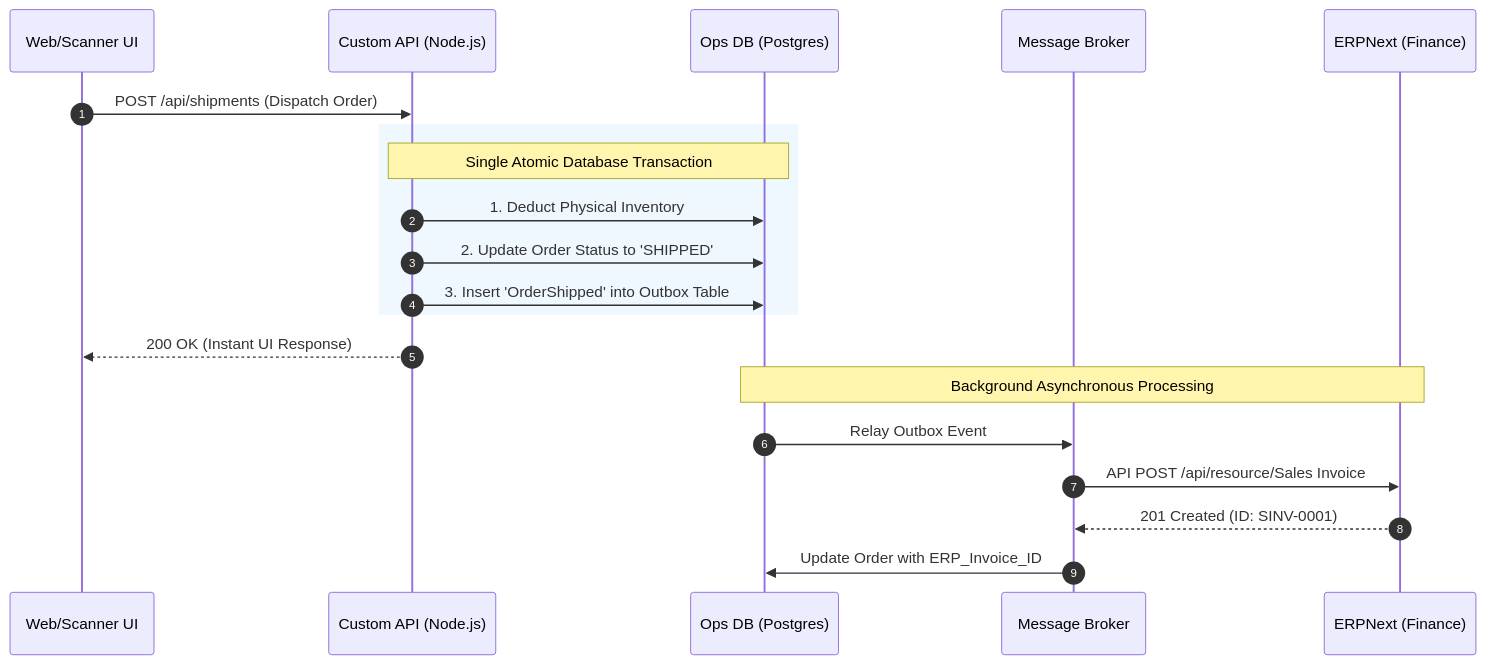
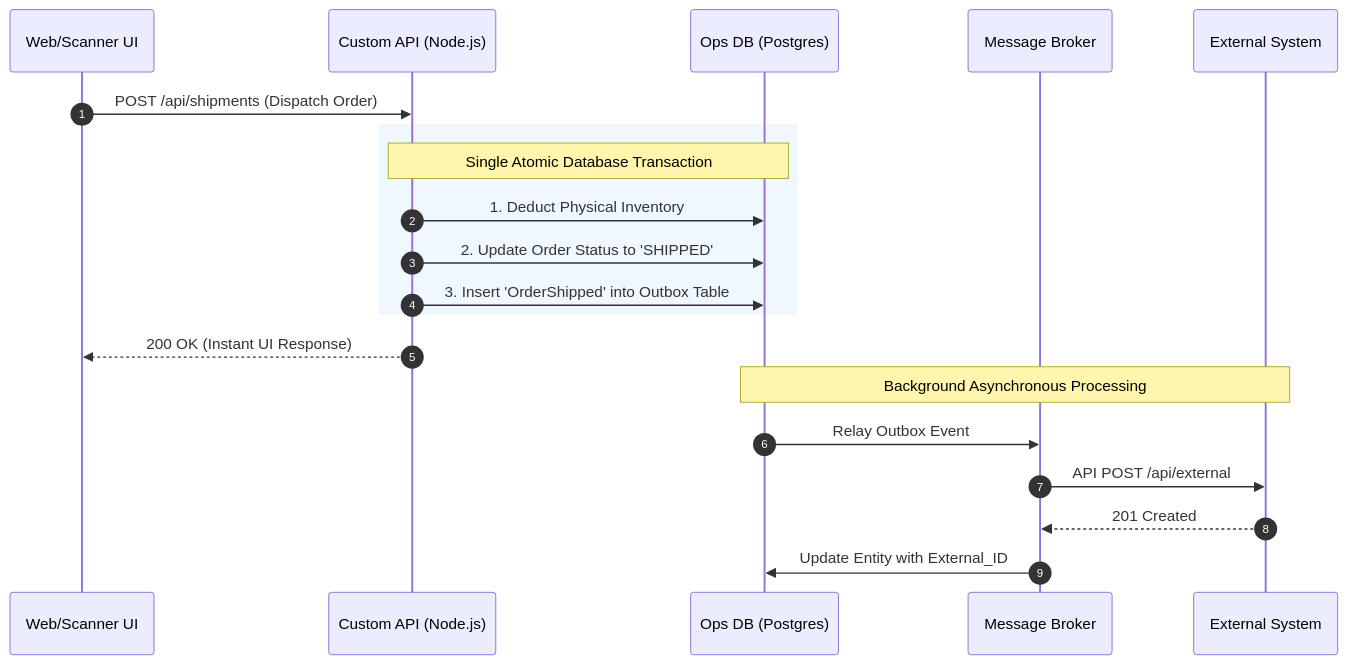
Before and after one commit to herobmdotcom/herobm: the third of 3 diagrams in docs/technical/system_architecture.md, drawn with Mermaid. The commit also changed other lines of this file and 114 other files, not shown here.

````diff
--- a/docs/technical/system_architecture.md
+++ b/docs/technical/system_architecture.md
@@ -155,26 +152,26 @@
 ```mermaid
 sequenceDiagram
     autonumber
     participant UI as Web/Scanner UI
     participant API as Custom API (Node.js)
     participant DB as Ops DB (Postgres)
     participant Broker as Message Broker
-    participant ERP as ERPNext (Finance)
+    participant Ext as External System
 
     UI->>API: POST /api/shipments (Dispatch Order)
     
     rect rgb(240, 248, 255)
     Note over API, DB: Single Atomic Database Transaction
     API->>DB: 1. Deduct Physical Inventory
     API->>DB: 2. Update Order Status to 'SHIPPED'
     API->>DB: 3. Insert 'OrderShipped' into Outbox Table
     end
     
     API-->>UI: 200 OK (Instant UI Response)
     
-    Note over DB, ERP: Background Asynchronous Processing
+    Note over DB, Ext: Background Asynchronous Processing
     DB->>Broker: Relay Outbox Event
-    Broker->>ERP: API POST /api/resource/Sales Invoice
-    ERP-->>Broker: 201 Created (ID: SINV-0001)
-    Broker->>DB: Update Order with ERP_Invoice_ID
+    Broker->>Ext: API POST /api/external
+    Ext-->>Broker: 201 Created
+    Broker->>DB: Update Entity with External_ID
 ```
````
